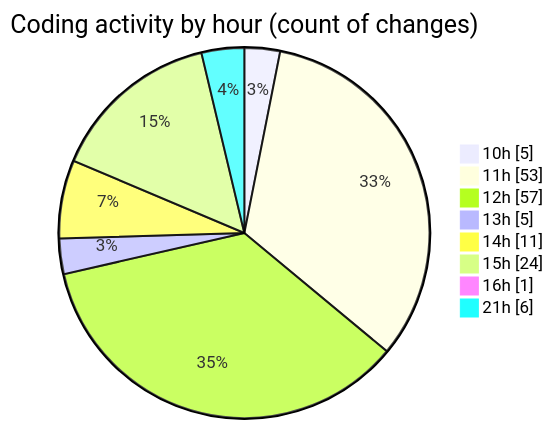
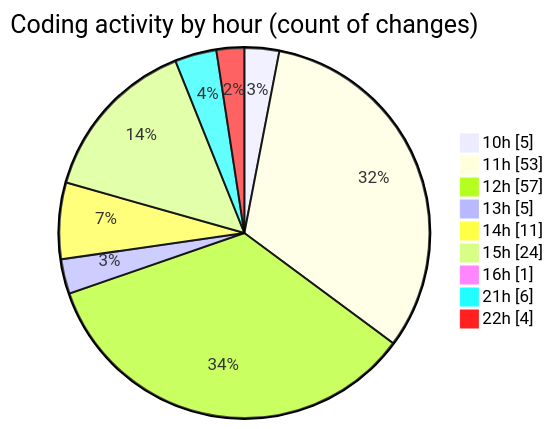
Before and after one commit to momahboobian/code-tracking: the second of 2 diagrams in 2025-06-17/cda/README.md, drawn with Mermaid. The commit also changed other lines of this file and 1 other file, not shown here.

````diff
--- a/2025-06-17/cda/README.md
+++ b/2025-06-17/cda/README.md
@@ -55,12 +58,13 @@
 ```mermaid
 pie showData
 title Coding activity by hour (count of changes)
 "10h" : 5
 "11h" : 53
 "12h" : 57
 "13h" : 5
 "14h" : 11
 "15h" : 24
 "16h" : 1
 "21h" : 6
+"22h" : 4
 ```
````
